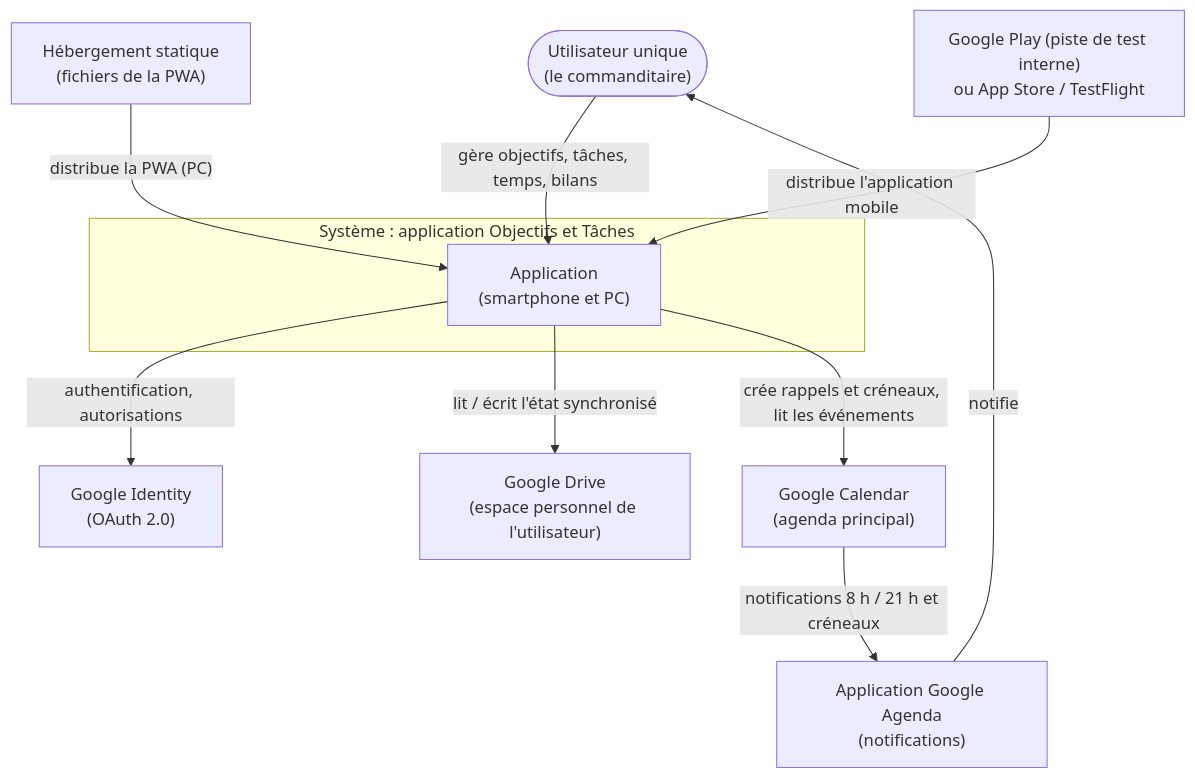
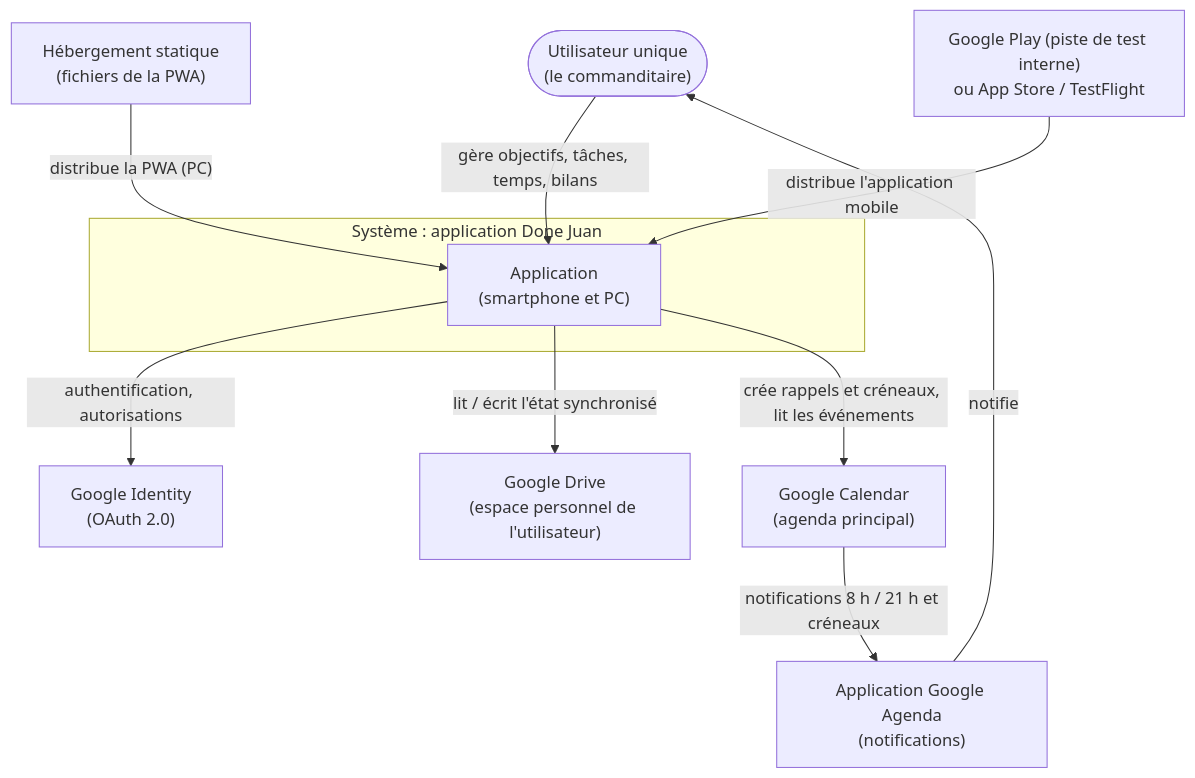
Before and after one commit to mathieublandin-create/taskapp: the first of 4 diagrams in docs/03-architecture/DAT.md, drawn with Mermaid. The commit also changed other lines of this file and 13 other files, not shown here.

````diff
--- a/docs/03-architecture/DAT.md
+++ b/docs/03-architecture/DAT.md
@@ -82,22 +83,22 @@
 ```mermaid
 flowchart TB
     U(["Utilisateur unique<br/>(le commanditaire)"])
-    subgraph SYS["Système : application Objectifs et Tâches"]
+    subgraph SYS["Système : application Done Juan"]
         APP["Application<br/>(smartphone et PC)"]
     end
     GID["Google Identity<br/>(OAuth 2.0)"]
     GDR["Google Drive<br/>(espace personnel de l'utilisateur)"]
     GCA["Google Calendar<br/>(agenda principal)"]
     GCAPP["Application Google Agenda<br/>(notifications)"]
     HOST["Hébergement statique<br/>(fichiers de la PWA)"]
     STORE["Google Play (piste de test interne)<br/>ou App Store / TestFlight"]
 
     U -- "gère objectifs, tâches, temps, bilans" --> APP
     APP -- "authentification, autorisations" --> GID
     APP -- "lit / écrit l'état synchronisé" --> GDR
     APP -- "crée rappels et créneaux, lit les événements" --> GCA
     GCA -- "notifications 8 h / 21 h et créneaux" --> GCAPP
     GCAPP -- "notifie" --> U
     HOST -- "distribue la PWA (PC)" --> APP
     STORE -- "distribue l'application mobile" --> APP
 ```
````
